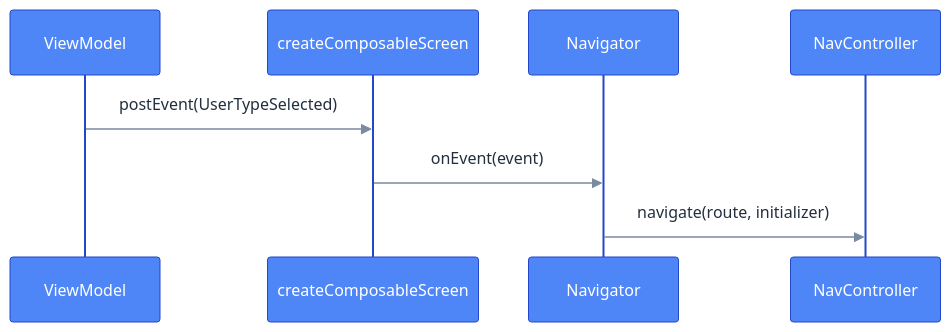
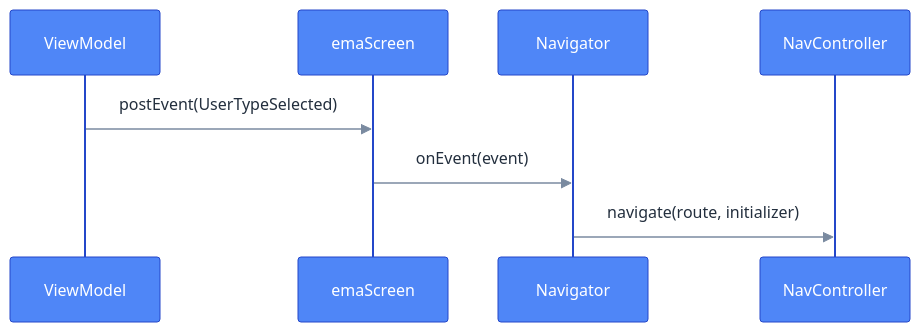
The diagram in docs/compose/navigation.md (carmabs/Emanate), drawn with Mermaid before and after one commit. The commit also changed other lines of this file and 15 other files, not shown here.

First line of the commit message:
Document the new Compose screen API and illustrate the Compose screens page with diagrams

````diff
--- a/docs/compose/navigation.md
+++ b/docs/compose/navigation.md
@@ -6,11 +6,11 @@
 ```mermaid
 %%{init: {"theme": "base", "themeVariables": {"actorBkg": "#4F86F7", "actorBorder": "#2447C9", "actorTextColor": "#ffffff", "noteBkgColor": "#EEF4FB", "noteBorderColor": "#B4CCE4", "signalColor": "#7a8aa0", "signalTextColor": "#232f3e", "fontFamily": "Inter, Roboto, sans-serif"}}}%%
 sequenceDiagram
     participant VM as ViewModel
-    participant G as createComposableScreen
+    participant G as emaScreen
     participant N as Navigator
     participant NC as NavController
     VM->>G: postEvent(UserTypeSelected)
     G->>N: onEvent(event)
     N->>NC: navigate(route, initializer)
 ```
````
